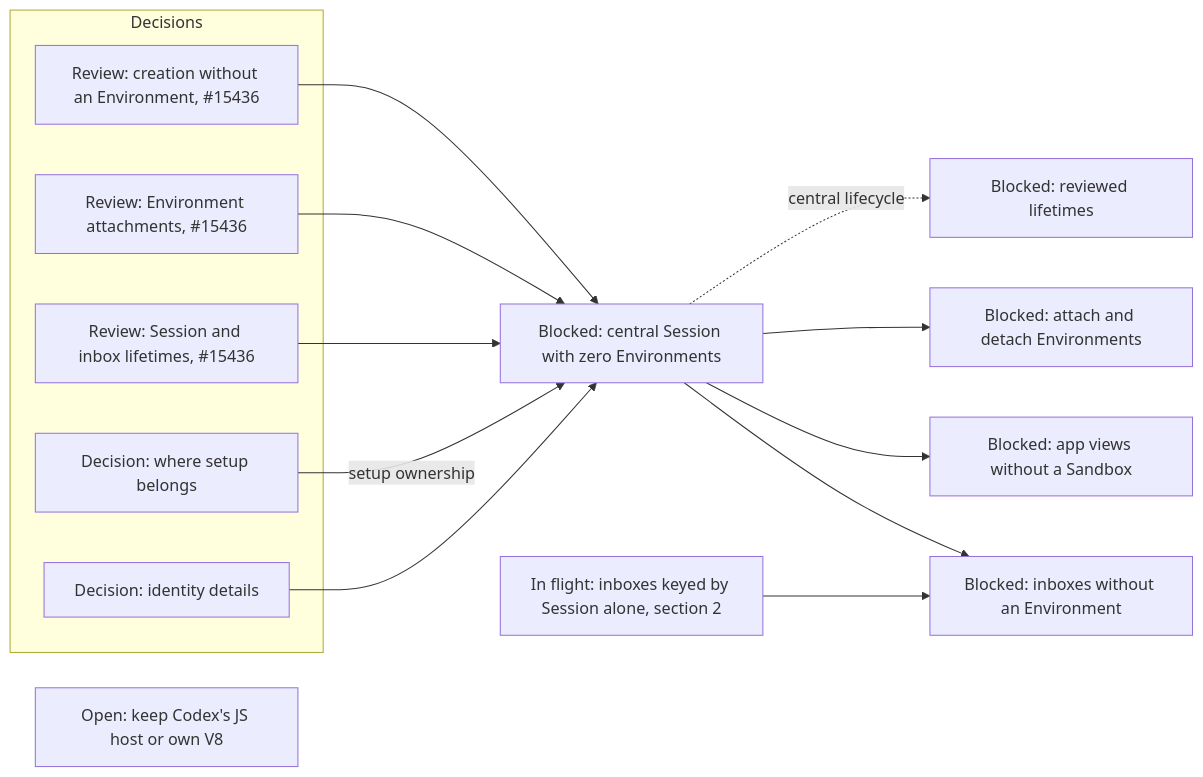
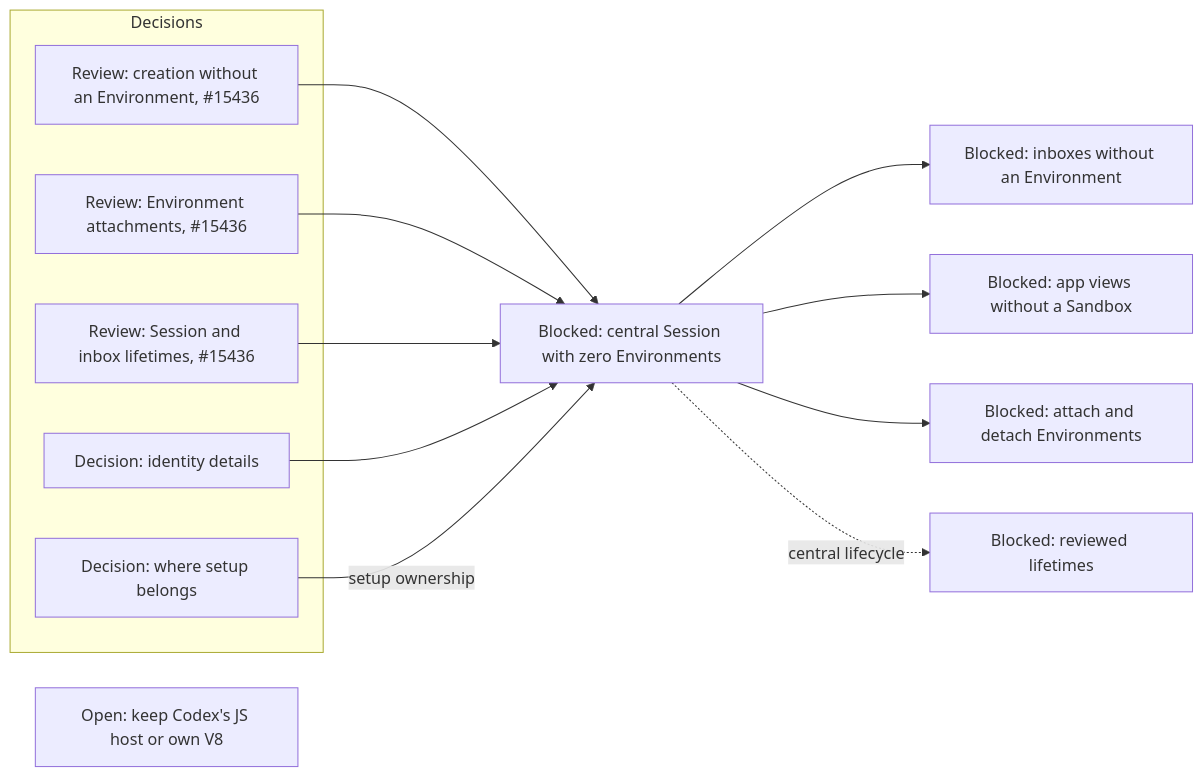
One commit to agentydragon/ducktape changed the second of 20 diagrams in agentplane/plans/task_dag.md. Above: the diagram before and after it, drawn with Mermaid. The commit also changed other lines of this file and 3 other files, not shown here.

Commit message:
docs(agentplane): remove completed inbox-keying work from DAG

````diff
--- a/agentplane/plans/task_dag.md
+++ b/agentplane/plans/task_dag.md
@@ -231,22 +230,21 @@
 ```mermaid
 flowchart LR
     subgraph DECIDE[Decisions]
         CENTRAL_SESSION_CREATION_CONTRACT[Review: creation without an Environment, #15436]
         SESSION_ATTACHMENT_CONTRACT[Review: Environment attachments, #15436]
         SESSION_AND_INBOX_LIFETIME[Review: Session and inbox lifetimes, #15436]
         SESSION_ENVIRONMENT_SETUP_DESIGN[Decision: where setup belongs]
         SESSION_IDENTITY_CONTRACT[Decision: identity details]
     end
     CENTRAL_SESSION_WITHOUT_ENVIRONMENT[Blocked: central Session with zero Environments]
     CODE_MODE_HOST_DESIGN[Open: keep Codex's JS host or own V8]
     CENTRAL_SESSION_CREATION_CONTRACT --> CENTRAL_SESSION_WITHOUT_ENVIRONMENT
     SESSION_ATTACHMENT_CONTRACT --> CENTRAL_SESSION_WITHOUT_ENVIRONMENT
     SESSION_AND_INBOX_LIFETIME --> CENTRAL_SESSION_WITHOUT_ENVIRONMENT
     SESSION_IDENTITY_CONTRACT --> CENTRAL_SESSION_WITHOUT_ENVIRONMENT
     SESSION_ENVIRONMENT_SETUP_DESIGN -- setup ownership --> CENTRAL_SESSION_WITHOUT_ENVIRONMENT
     CENTRAL_SESSION_WITHOUT_ENVIRONMENT --> CENTRAL_SESSION_NOTIFICATIONS[Blocked: inboxes without an Environment]
-    INBOX_SESSION_KEYING[In flight: inboxes keyed by Session alone, section 2] --> CENTRAL_SESSION_NOTIFICATIONS
     CENTRAL_SESSION_WITHOUT_ENVIRONMENT --> SESSION_HISTORY_PRESENTATION[Blocked: app views without a Sandbox]
     CENTRAL_SESSION_WITHOUT_ENVIRONMENT --> SESSION_ENV_ATTACHMENTS[Blocked: attach and detach Environments]
     CENTRAL_SESSION_WITHOUT_ENVIRONMENT -. central lifecycle .-> SESSION_LIFETIME_IMPLEMENTATION[Blocked: reviewed lifetimes]
 ```
````
